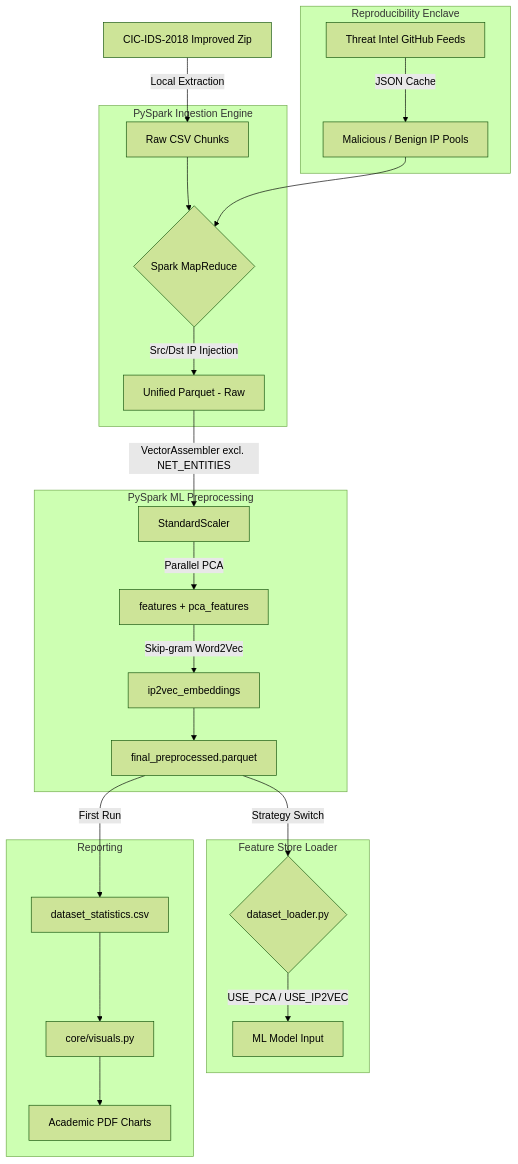
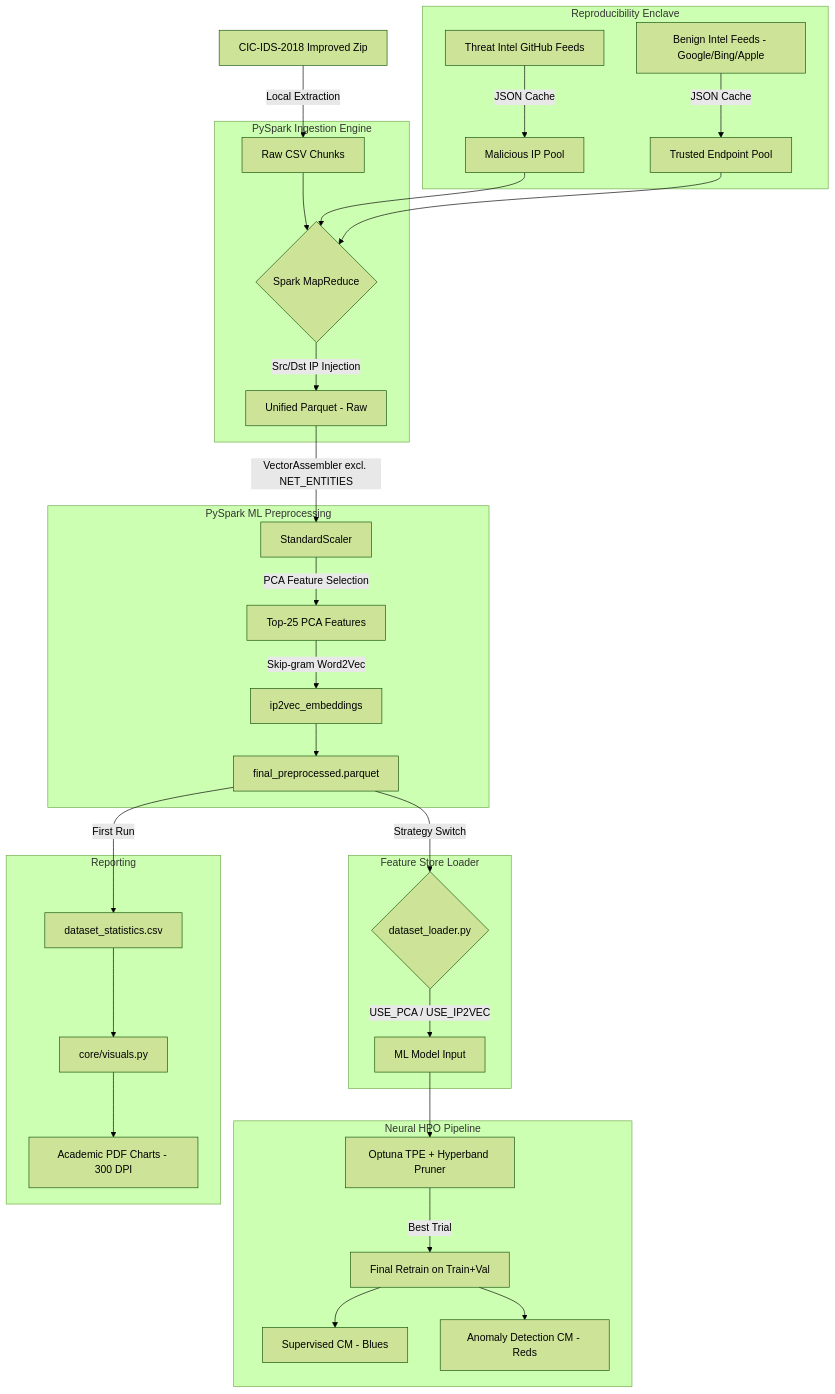
One commit to devedale/synth-cic-ids-2018 changed the diagram in README.md. Above: the diagram before and after it, drawn with Mermaid (forest theme). The commit also changed other lines of this file, not shown here.

````diff
--- a/README.md
+++ b/README.md
@@ -16,32 +18,41 @@
 ```mermaid
 graph TD
     A[CIC-IDS-2018 Improved Zip] -->|Local Extraction| B[Raw CSV Chunks]
     
     subgraph Reproducibility Enclave
-    T[Threat Intel GitHub Feeds] -->|JSON Cache| C[Malicious / Benign IP Pools]
+    T[Threat Intel GitHub Feeds] -->|JSON Cache| C[Malicious IP Pool]
+    B2[Benign Intel Feeds - Google/Bing/Apple] -->|JSON Cache| C2[Trusted Endpoint Pool]
     end
     
     subgraph PySpark Ingestion Engine
     B --> D{Spark MapReduce}
     C --> D
+    C2 --> D
     D -->|Src/Dst IP Injection| E[Unified Parquet - Raw]
     end
     
     subgraph PySpark ML Preprocessing
     E -->|VectorAssembler excl. NET_ENTITIES| F[StandardScaler]
-    F -->|Parallel PCA| G[features + pca_features]
+    F -->|PCA Feature Selection| G[Top-25 PCA Features]
     G -->|Skip-gram Word2Vec| H[ip2vec_embeddings]
     H --> I[final_preprocessed.parquet]
     end
     
     subgraph Feature Store Loader
     I -->|Strategy Switch| J{dataset_loader.py}
     J -->|USE_PCA / USE_IP2VEC| K[ML Model Input]
     end
     
+    subgraph Neural HPO Pipeline
+    K --> L[Optuna TPE + Hyperband Pruner]
+    L -->|Best Trial| M[Final Retrain on Train+Val]
+    M --> N1[Supervised CM - Blues]
+    M --> N2[Anomaly Detection CM - Reds]
+    end
+    
     subgraph Reporting
-    I -->|First Run| L[dataset_statistics.csv]
-    L --> M[core/visuals.py]
-    M --> N[Academic PDF Charts]
+    I -->|First Run| O[dataset_statistics.csv]
+    O --> P[core/visuals.py]
+    P --> Q[Academic PDF Charts - 300 DPI]
     end
 ```
````
